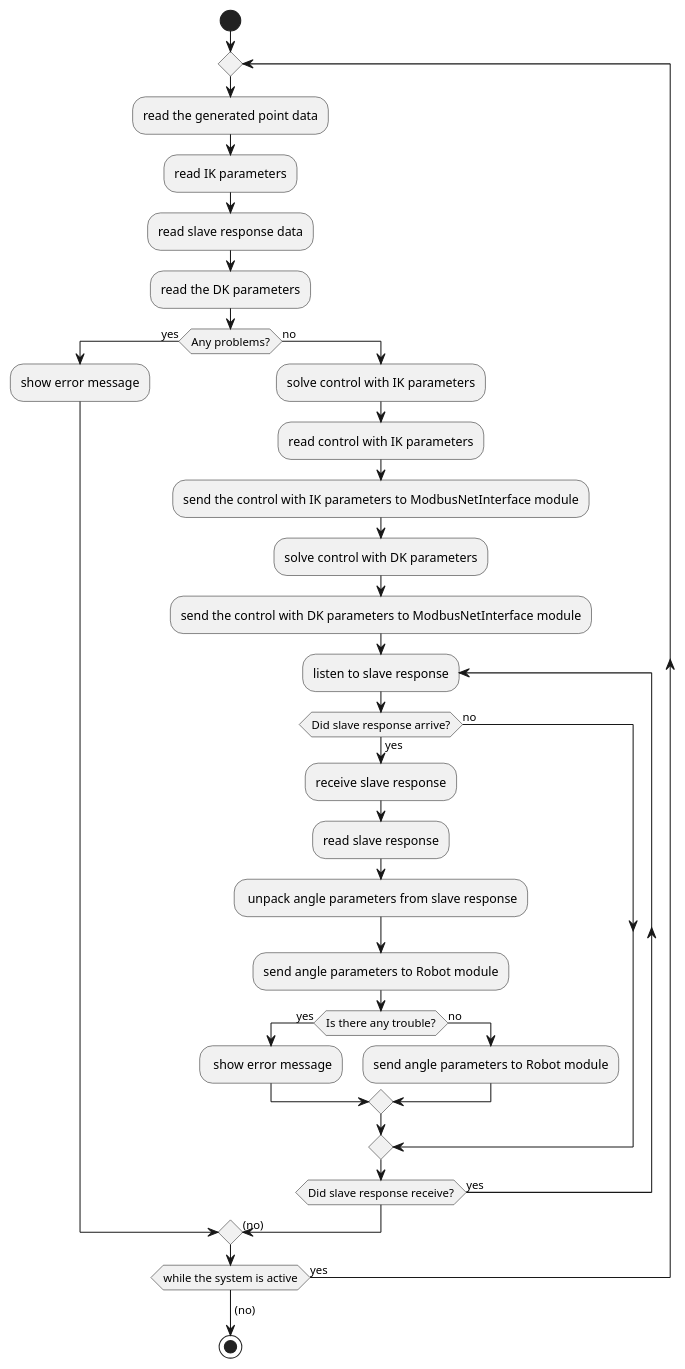
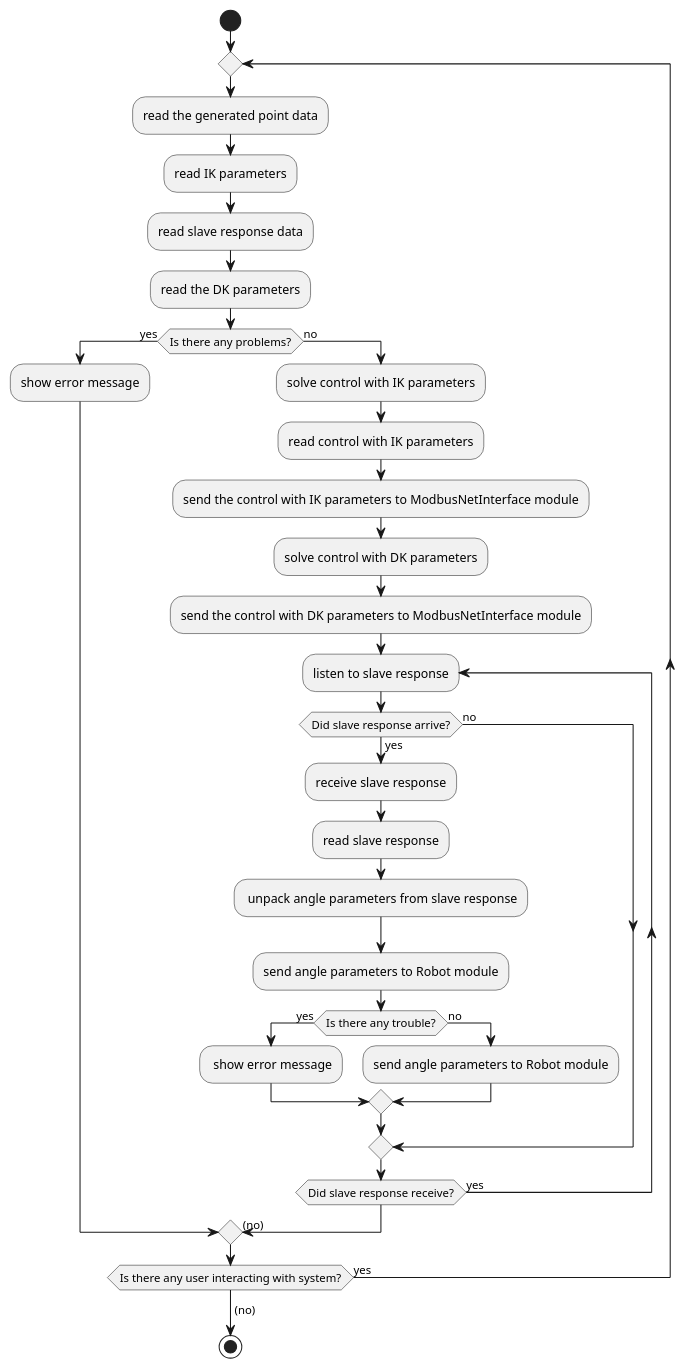
The diagram in ActivityDiagramControllerModule.plantuml (MarcioFreitasUFSC21/RTGS-Master-Course-System), drawn with PlantUML before and after one commit. The commit also changed 4 other files, not shown here.

Commit message:
The Final Adjustements have made in all the Acitivity Diagrams of RTGS System

```diff
--- a/ActivityDiagramControllerModule.plantuml
+++ b/ActivityDiagramControllerModule.plantuml
@@ -1,35 +1,35 @@
 @startuml
 start
 repeat
     :read the generated point data;
     :read IK parameters;
     :read slave response data;
     :read the DK parameters;
-if (Any problems?) then (yes)
+if (Is there any problems?) then (yes)
     :show error message;
 else (no)
     :solve control with IK parameters;
     :read control with IK parameters;
     :send the control with IK parameters to ModbusNetInterface module;
     :solve control with DK parameters;
     :send the control with DK parameters to ModbusNetInterface module;
 repeat :listen to slave response;
     if(Did slave response arrive?) then (yes)
         :receive slave response;
         :read slave response;
         : unpack angle parameters from slave response;
         :send angle parameters to Robot module;
         if (Is there any trouble?) then (yes)
             : show error message;
         else(no)
             :send angle parameters to Robot module;
         endif
     else (no)
     endif
 repeat while (Did slave response receive?) is (yes)
     ->(no);    
 endif
-repeat while (while the system is active) is (yes)
+repeat while (Is there any user interacting with system?) is (yes)
 ->(no);
 stop
 @enduml
```
